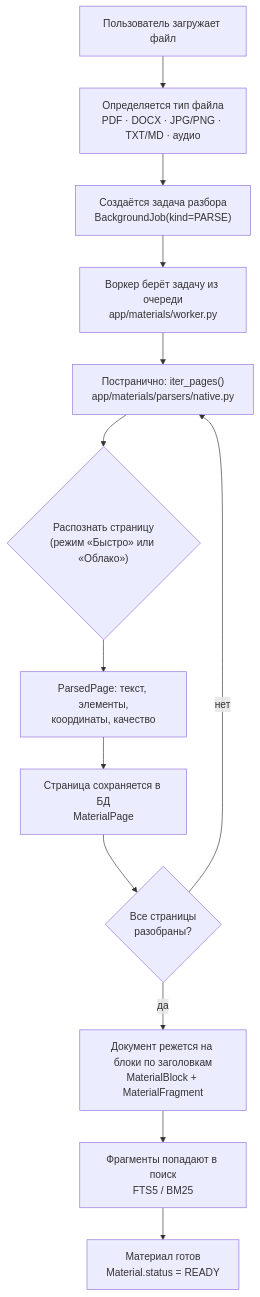
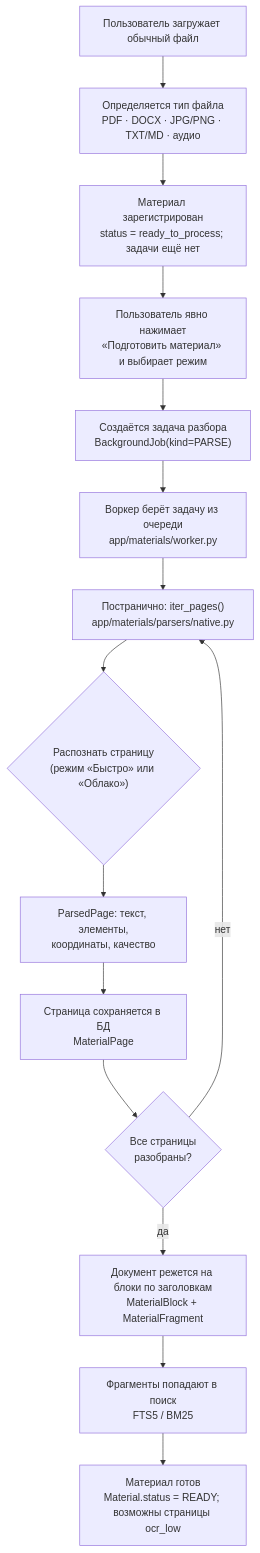
One commit to tneki22/Tentex changed the first of 4 diagrams in OCR.md. Above: the diagram before and after it, drawn with Mermaid. The commit also changed other lines of this file and 23 other files, not shown here.

````diff
--- a/OCR.md
+++ b/OCR.md
@@ -53,15 +64,17 @@
 ```mermaid
 flowchart TD
-    A[Пользователь загружает файл] --> B["Определяется тип файла\nPDF · DOCX · JPG/PNG · TXT/MD · аудио"]
-    B --> C["Создаётся задача разбора\nBackgroundJob(kind=PARSE)"]
-    C --> D["Воркер берёт задачу из очереди\napp/materials/worker.py"]
-    D --> E["Постранично: iter_pages()\napp/materials/parsers/native.py"]
-    E --> F{"Распознать страницу\n(режим «Быстро» или «Облако»)"}
-    F --> G["ParsedPage: текст, элементы,\nкоординаты, качество"]
-    G --> H["Страница сохраняется в БД\nMaterialPage"]
-    H --> I{"Все страницы\nразобраны?"}
-    I -- нет --> E
-    I -- да --> J["Документ режется на блоки по заголовкам\nMaterialBlock + MaterialFragment"]
-    J --> K["Фрагменты попадают в поиск\nFTS5 / BM25"]
-    K --> L["Материал готов\nMaterial.status = READY"]
+    A[Пользователь загружает обычный файл] --> B["Определяется тип файла\nPDF · DOCX · JPG/PNG · TXT/MD · аудио"]
+    B --> C["Материал зарегистрирован\nstatus = ready_to_process; задачи ещё нет"]
+    C --> D["Пользователь явно нажимает\n«Подготовить материал» и выбирает режим"]
+    D --> E["Создаётся задача разбора\nBackgroundJob(kind=PARSE)"]
+    E --> F["Воркер берёт задачу из очереди\napp/materials/worker.py"]
+    F --> G["Постранично: iter_pages()\napp/materials/parsers/native.py"]
+    G --> H{"Распознать страницу\n(режим «Быстро» или «Облако»)"}
+    H --> I["ParsedPage: текст, элементы,\nкоординаты, качество"]
+    I --> J["Страница сохраняется в БД\nMaterialPage"]
+    J --> K{"Все страницы\nразобраны?"}
+    K -- нет --> G
+    K -- да --> L["Документ режется на блоки по заголовкам\nMaterialBlock + MaterialFragment"]
+    L --> M["Фрагменты попадают в поиск\nFTS5 / BM25"]
+    M --> N["Материал готов\nMaterial.status = READY; возможны страницы ocr_low"]
 ```
````
